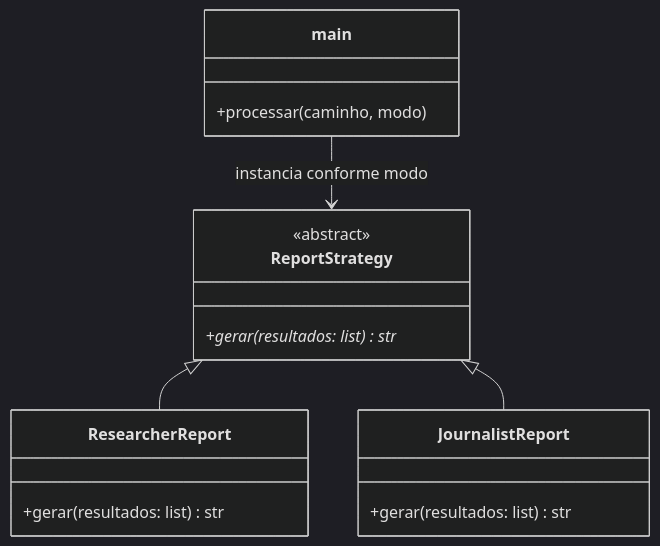
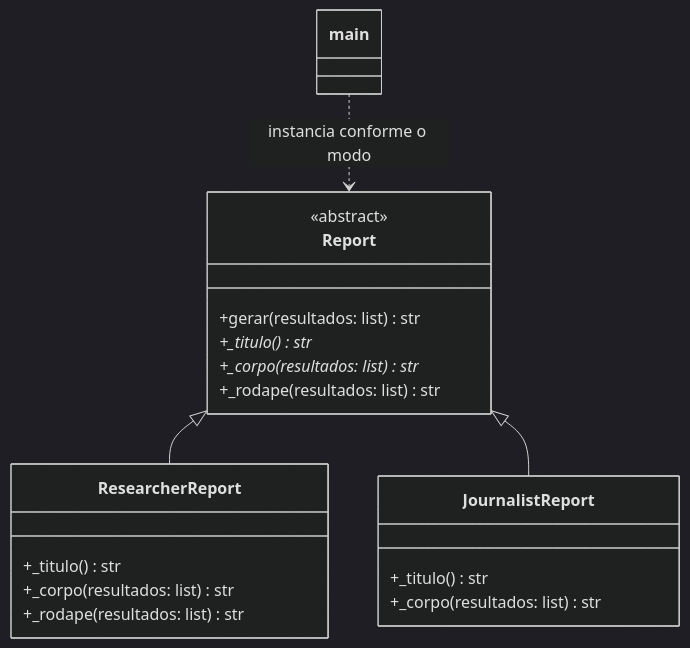
One commit to ArthurFSPalma/ENCO6A-A3 changed the third of 3 diagrams in docs/arquitetura.md. Above: the diagram before and after it, drawn with Mermaid (dark theme). The commit also changed other lines of this file, not shown here.

Commit message:
Arrumando o arquivo

````diff
--- a/docs/arquitetura.md
+++ b/docs/arquitetura.md
@@ -134,23 +136,25 @@
 ```mermaid
 classDiagram
-    class ReportStrategy {
+    class Report {
         <<abstract>>
-        +gerar(resultados: list)* str
+        +gerar(resultados: list) str
+        +_titulo()* str
+        +_corpo(resultados: list)* str
+        +_rodape(resultados: list) str
     }
 
     class ResearcherReport {
-        +gerar(resultados: list) str
+        +_titulo() str
+        +_corpo(resultados: list) str
+        +_rodape(resultados: list) str
     }
 
     class JournalistReport {
-        +gerar(resultados: list) str
+        +_titulo() str
+        +_corpo(resultados: list) str
     }
 
-    class main {
-        +processar(caminho, modo)
-    }
-
-    ReportStrategy <|-- ResearcherReport
-    ReportStrategy <|-- JournalistReport
-    main --> ReportStrategy : instancia conforme modo
+    Report <|-- ResearcherReport
+    Report <|-- JournalistReport
+    main ..> Report : instancia conforme o modo
 ```
````
